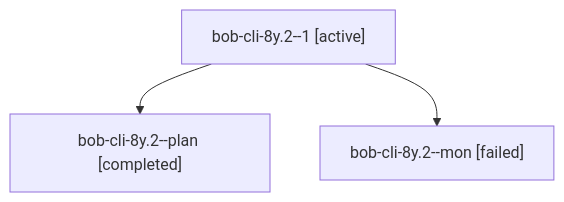
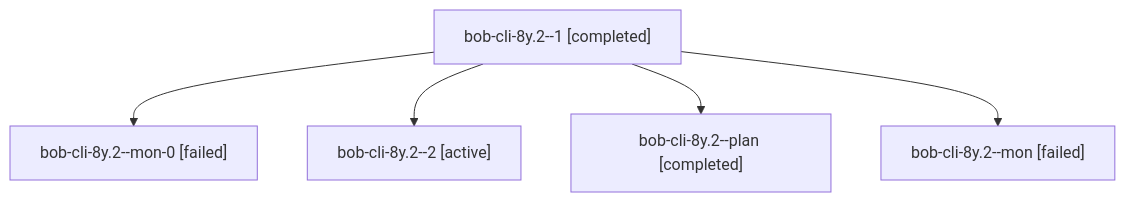
Before and after one commit to bobs-org/bob-cli--agents: the diagram in sessions/bbugyi200.athena.bob-cli-8y.2.md, drawn with Mermaid. The commit also changed other lines of this file and 71 other files, not shown here.

````diff
--- a/sessions/bbugyi200.athena.bob-cli-8y.2.md
+++ b/sessions/bbugyi200.athena.bob-cli-8y.2.md
@@ -9,8 +9,12 @@
 ```mermaid
 flowchart TD
-  n0["bob-cli-8y.2--1 [active]"]
-  n1["bob-cli-8y.2--plan [completed]"]
+  n0["bob-cli-8y.2--1 [completed]"]
+  n1["bob-cli-8y.2--mon-0 [failed]"]
   n0 --> n1
-  n2["bob-cli-8y.2--mon [failed]"]
+  n2["bob-cli-8y.2--2 [active]"]
   n0 --> n2
+  n3["bob-cli-8y.2--plan [completed]"]
+  n0 --> n3
+  n4["bob-cli-8y.2--mon [failed]"]
+  n0 --> n4
 ```
````
